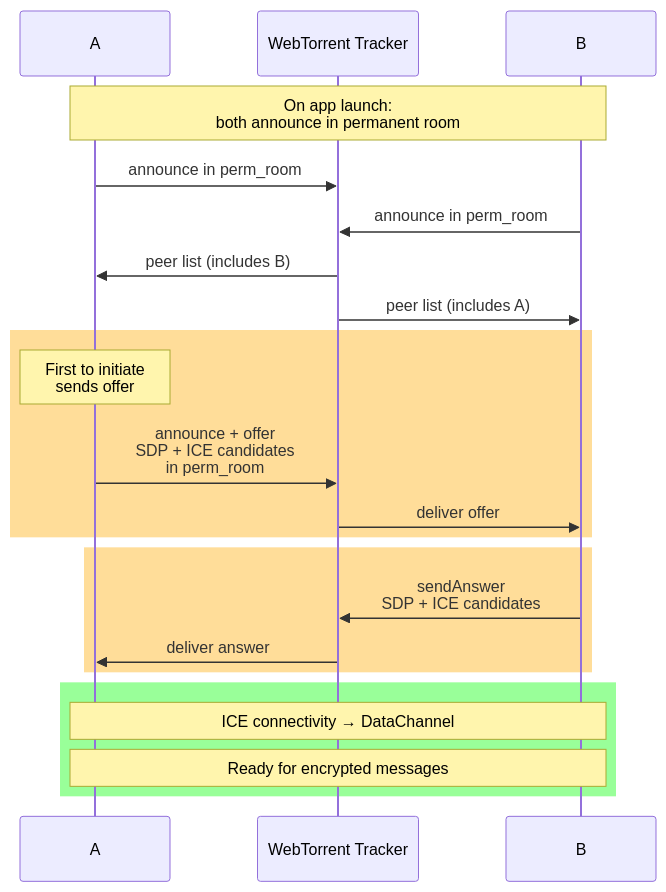
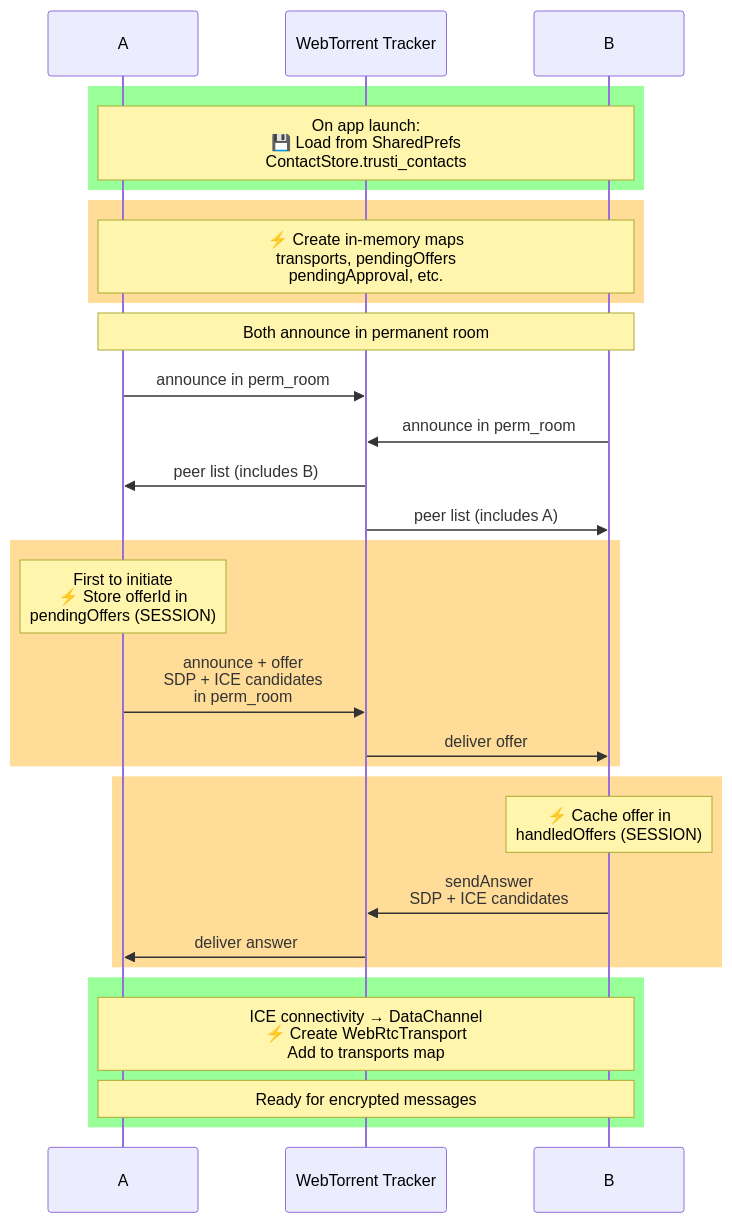
Before and after one commit to davidevecchi/TruSTI: the fourth of 8 diagrams in README.md, drawn with Mermaid. The commit also changed other lines of this file, not shown here.

````diff
--- a/README.md
+++ b/README.md
@@ -178,29 +194,38 @@
 ```mermaid
 sequenceDiagram
     participant A as A
     participant Tracker as WebTorrent Tracker
     participant B as B
 
-    Note over A,B: On app launch:<br/>both announce in permanent room
+    rect rgba(0, 255, 0, 0.4)
+    Note over A,B: On app launch:<br/>💾 Load from SharedPrefs<br/>ContactStore.trusti_contacts
+    end
+
+    rect rgba(255, 170, 0, 0.4)
+    Note over A,B: ⚡ Create in-memory maps<br/>transports, pendingOffers<br/>pendingApproval, etc.
+    end
+
+    Note over A,B: Both announce in permanent room
 
     A->>Tracker: announce in perm_room
     B->>Tracker: announce in perm_room
     Tracker->>A: peer list (includes B)
     Tracker->>B: peer list (includes A)
 
     rect rgba(255, 170, 0, 0.4)
-    Note over A: First to initiate<br/>sends offer
+    Note over A: First to initiate<br/>⚡ Store offerId in<br/>pendingOffers (SESSION)
     A->>Tracker: announce + offer<br/>SDP + ICE candidates<br/>in perm_room
     Tracker->>B: deliver offer
     end
 
     rect rgba(255, 170, 0, 0.4)
+    Note over B: ⚡ Cache offer in<br/>handledOffers (SESSION)
     B->>Tracker: sendAnswer<br/>SDP + ICE candidates
     Tracker->>A: deliver answer
     end
 
     rect rgba(0, 255, 0, 0.4)
-    Note over A,B: ICE connectivity → DataChannel
+    Note over A,B: ICE connectivity → DataChannel<br/>⚡ Create WebRtcTransport<br/>Add to transports map
     Note over A,B: Ready for encrypted messages
     end
 ```
````
